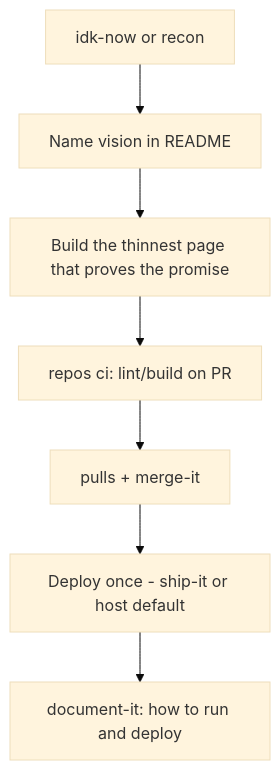
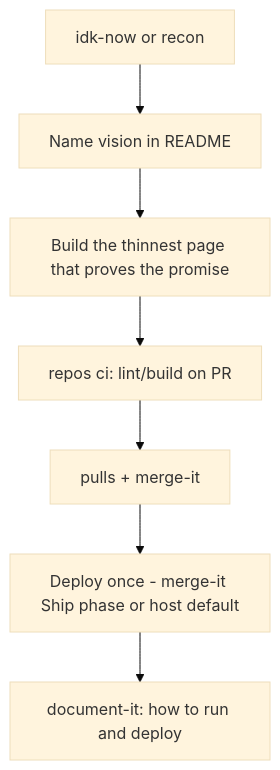
One commit to DecisionNerd/dev-skills changed the diagram in handbook/paths/01-simple-website.md. Above: the diagram before and after it, drawn with Mermaid (base theme). The commit also changed other lines of this file and 95 other files, not shown here.

First line of the commit message:
Add shared operating contract to skills; fold ship-it and stage-it into merge-it (#2)

````diff
--- a/handbook/paths/01-simple-website.md
+++ b/handbook/paths/01-simple-website.md
@@ -36,9 +36,9 @@
 ```mermaid
 flowchart TD
   A[idk-now or recon] --> B[Name vision in README]
   B --> C[Build the thinnest page that proves the promise]
   C --> D[repos ci: lint/build on PR]
   D --> E[pulls + merge-it]
-  E --> F[Deploy once - ship-it or host default]
+  E --> F[Deploy once - merge-it Ship phase or host default]
   F --> G[document-it: how to run and deploy]
 ```
````
